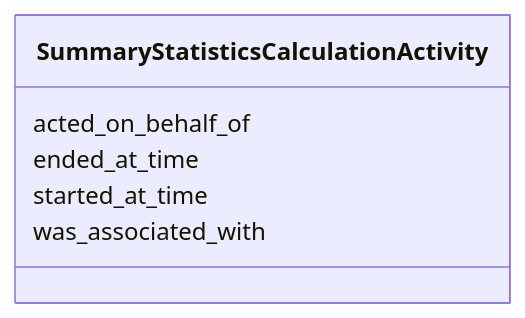
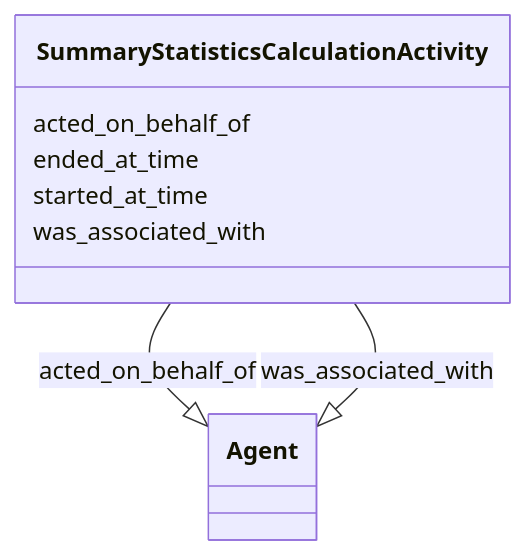
Before and after one commit to cthoyt/ontology-access-kit: the diagram in summary-statistics/SummaryStatisticsCalculationActivity.md, drawn with Mermaid. The commit also changed other lines of this file and 3287 other files, not shown here.

````diff
--- a/summary-statistics/SummaryStatisticsCalculationActivity.md
+++ b/summary-statistics/SummaryStatisticsCalculationActivity.md
@@ -11,9 +14,17 @@
 ```{mermaid}
  classDiagram
     class SummaryStatisticsCalculationActivity
       SummaryStatisticsCalculationActivity : acted_on_behalf_of
+        
+          SummaryStatisticsCalculationActivity --|> Agent : acted_on_behalf_of
+        
       SummaryStatisticsCalculationActivity : ended_at_time
+        
       SummaryStatisticsCalculationActivity : started_at_time
+        
       SummaryStatisticsCalculationActivity : was_associated_with
+        
+          SummaryStatisticsCalculationActivity --|> Agent : was_associated_with
+        
       
 ```
````
